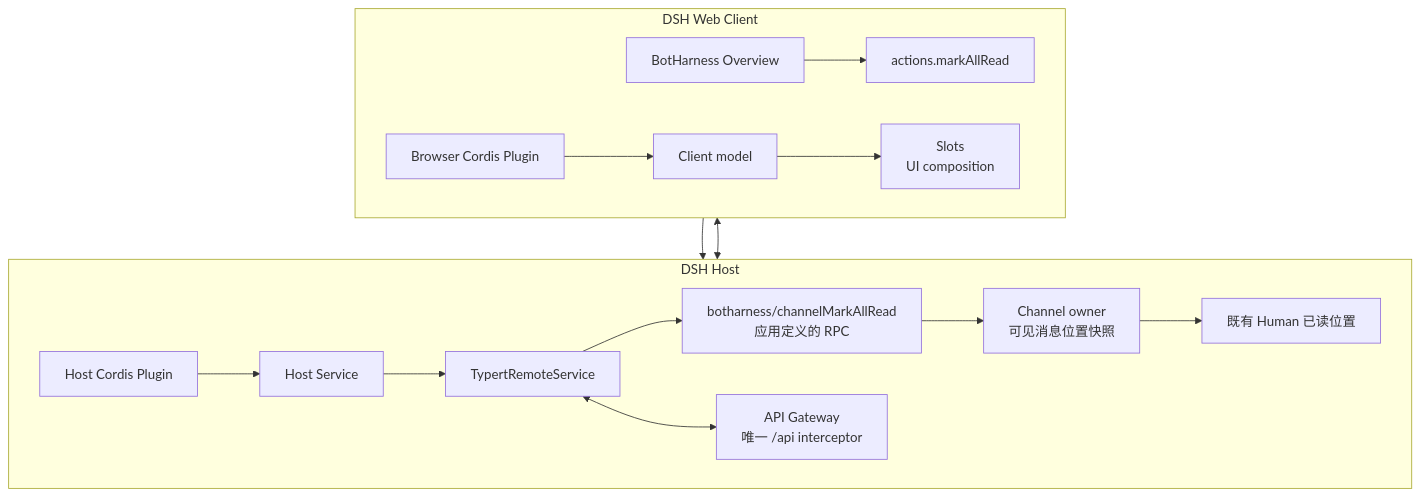
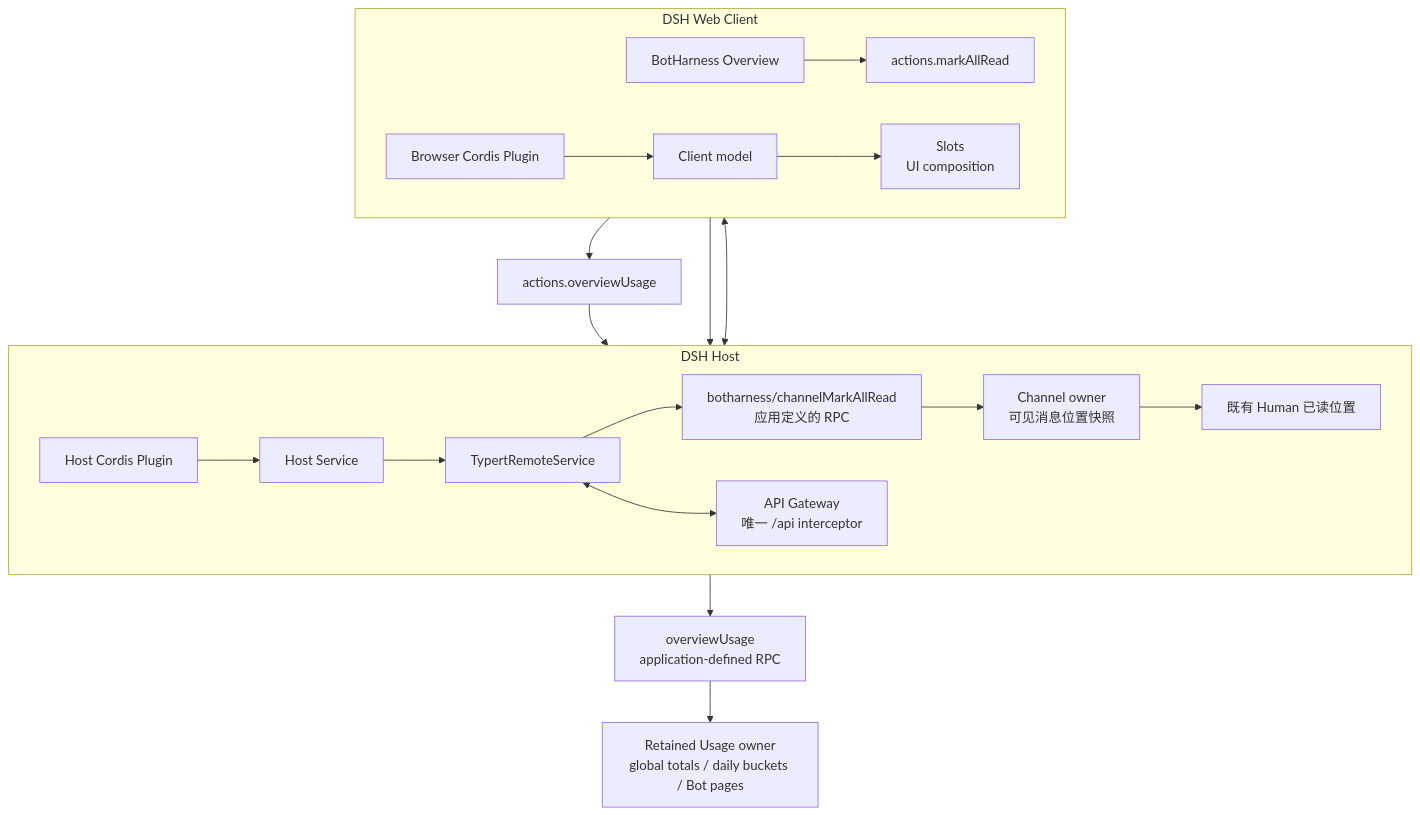
The diagram in docs/architecture/diagrams/09-dsh-host-client.mmd (BotHarness/BotHarness), drawn with Mermaid before and after one commit. The commit also changed 28 other files, not shown here.

First line of the commit message:
feat: show Overview token totals and seven-day usage trends

```diff
--- a/docs/architecture/diagrams/09-dsh-host-client.mmd
+++ b/docs/architecture/diagrams/09-dsh-host-client.mmd
@@ -1,18 +1,22 @@
 flowchart TB
   subgraph Host["DSH Host"]
     direction LR
     HostPlugin["Host Cordis Plugin"] --> Service["Host Service"]
     Service --> Remote["TypertRemoteService"]
     ReadRPC["botharness/channelMarkAllRead<br/>应用定义的 RPC"] --> Channels["Channel owner<br/>可见消息位置快照"]
     Channels --> ReadPositions["既有 Human 已读位置"]
     Remote <--> Gateway["API Gateway<br/>唯一 /api interceptor"]
   end
   subgraph Browser["DSH Web Client"]
     direction LR
     ClientPlugin["Browser Cordis Plugin"] --> Model["Client model"]
     Overview["BotHarness Overview"] --> ReadAction["actions.markAllRead"]
     Model --> Slots["Slots<br/>UI composition"]
   end
   Gateway <--> Model
   ReadAction --> Gateway
   Remote --> ReadRPC
+  Overview --> UsageAction["actions.overviewUsage"]
+  UsageAction --> Gateway
+  Remote --> UsageRPC["overviewUsage<br/>application-defined RPC"]
+  UsageRPC --> UsageOwner["Retained Usage owner<br/>global totals / daily buckets / Bot pages"]
```
